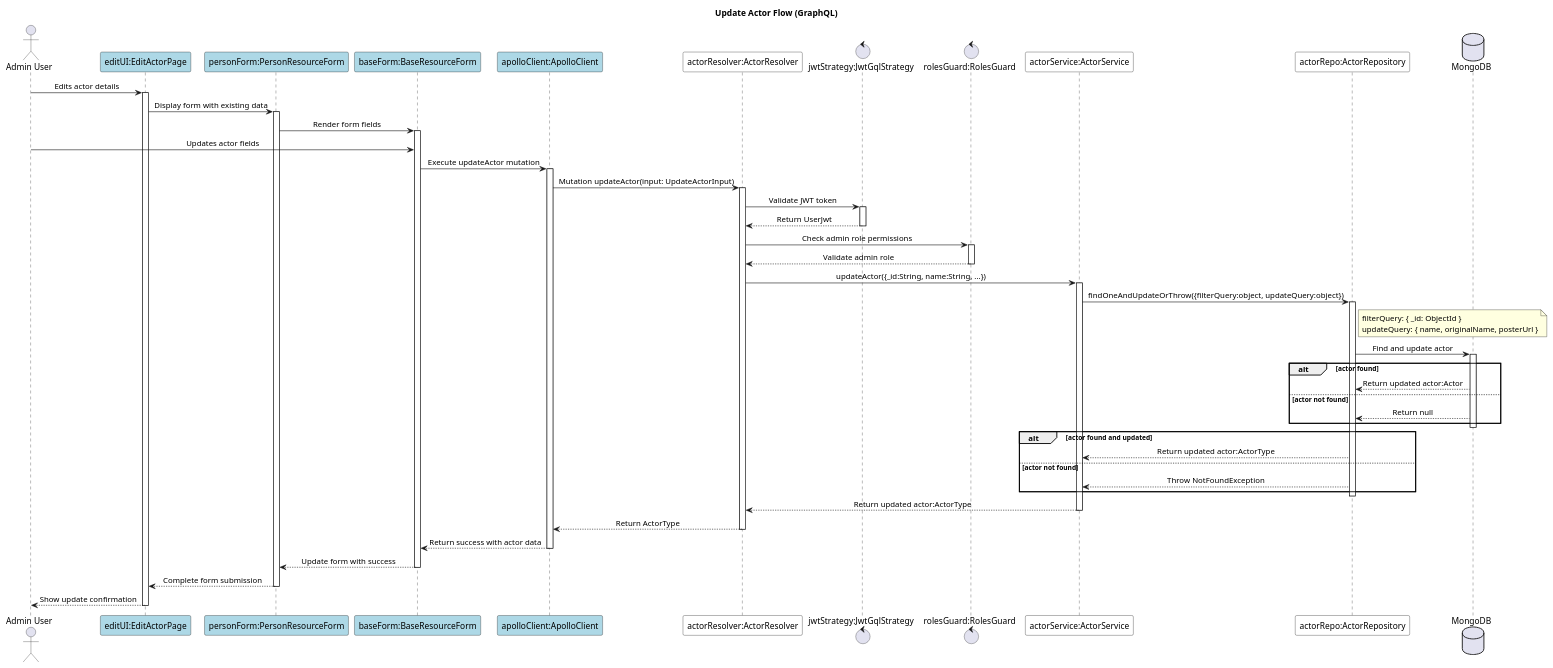
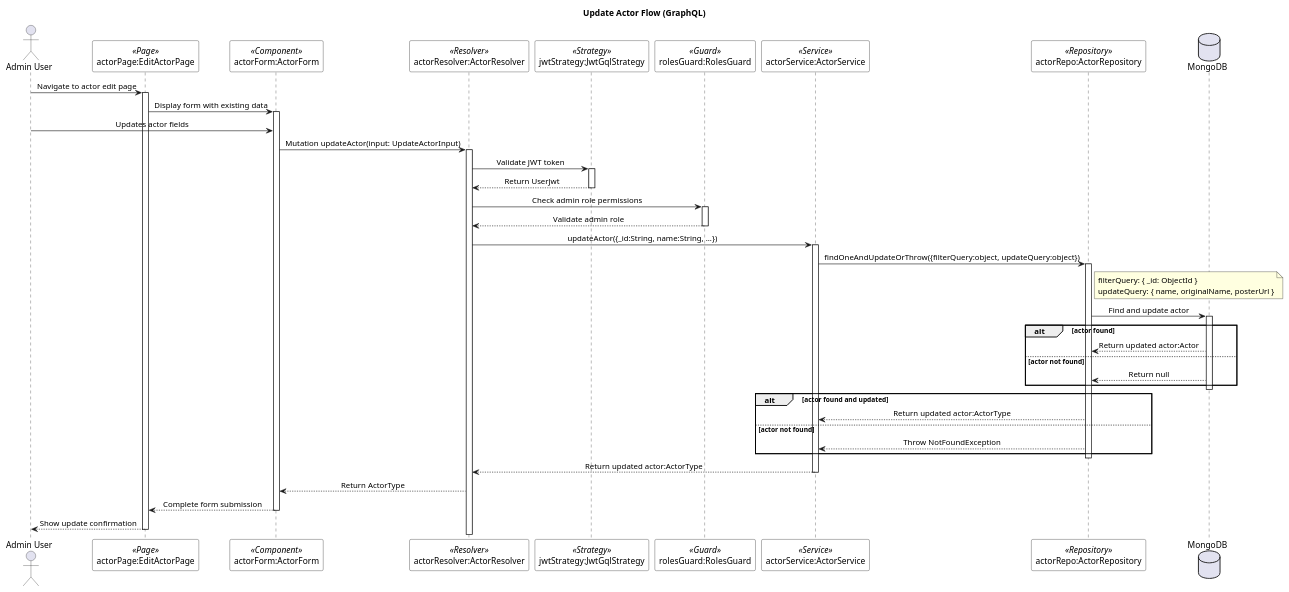
The diagram in documents/diagram/sequences/actors/update-actor.puml (lehuygiang28/vphim), drawn with PlantUML before and after one commit. The commit also changed 4 other files, not shown here.

First line of the commit message:
refactor(diagrams/sequences/actors): 🛠️ update sequence diagrams for actor flows

```diff
--- a/documents/diagram/sequences/actors/update-actor.puml
+++ b/documents/diagram/sequences/actors/update-actor.puml
@@ -1,88 +1,77 @@
 @startuml Update Actor Flow
 
 skinparam SequenceMessageAlignment center
 skinparam SequenceBoxBackgroundColor white
 skinparam SequenceBoxBorderColor black
 skinparam NoteBackgroundColor lightyellow
 skinparam NoteBorderColor black
 skinparam ParticipantBackgroundColor white
 skinparam ParticipantBorderColor black
 
 title Update Actor Flow (GraphQL)
 
 actor "Admin User" as adminUser
-participant "editUI:EditActorPage" as editUI #LightBlue
-participant "personForm:PersonResourceForm" as personForm #LightBlue
-participant "baseForm:BaseResourceForm" as baseForm #LightBlue
-participant "apolloClient:ApolloClient" as apolloClient #LightBlue
-participant "actorResolver:ActorResolver" as actorResolver
-control "jwtStrategy:JwtGqlStrategy" as jwtStrategy
-control "rolesGuard:RolesGuard" as rolesGuard
-participant "actorService:ActorService" as actorService
-participant "actorRepo:ActorRepository" as actorRepo
+participant "actorPage:EditActorPage" as actorPage <<Page>>
+participant "actorForm:ActorForm" as actorForm <<Component>>
+participant "actorResolver:ActorResolver" as actorResolver <<Resolver>>
+participant "jwtStrategy:JwtGqlStrategy" as jwtStrategy <<Strategy>>
+participant "rolesGuard:RolesGuard" as rolesGuard <<Guard>>
+participant "actorService:ActorService" as actorService <<Service>>
+participant "actorRepo:ActorRepository" as actorRepo <<Repository>>
 database "MongoDB" as mongoDB
 
-adminUser -> editUI : Edits actor details
-activate editUI
-editUI -> personForm : Display form with existing data
-activate personForm
-personForm -> baseForm : Render form fields
-activate baseForm
-adminUser -> baseForm : Updates actor fields
+adminUser -> actorPage : Navigate to actor edit page
+activate actorPage
+actorPage -> actorForm : Display form with existing data
+activate actorForm
+adminUser -> actorForm : Updates actor fields
 
-baseForm -> apolloClient : Execute updateActor mutation
-activate apolloClient
-apolloClient -> actorResolver : Mutation updateActor(input: UpdateActorInput)
+actorForm -> actorResolver : Mutation updateActor(input: UpdateActorInput)
 activate actorResolver
 
 actorResolver -> jwtStrategy : Validate JWT token
 activate jwtStrategy
 jwtStrategy --> actorResolver : Return UserJwt
 deactivate jwtStrategy
 
 actorResolver -> rolesGuard : Check admin role permissions
 activate rolesGuard
 rolesGuard --> actorResolver : Validate admin role
 deactivate rolesGuard
 
 actorResolver -> actorService : updateActor({_id:String, name:String, ...})
 activate actorService
 
 actorService -> actorRepo : findOneAndUpdateOrThrow({filterQuery:object, updateQuery:object})
 activate actorRepo
 note right of actorRepo
   filterQuery: { _id: ObjectId }
   updateQuery: { name, originalName, posterUrl }
 end note
 
 actorRepo -> mongoDB : Find and update actor
 activate mongoDB
 alt actor found
     mongoDB --> actorRepo : Return updated actor:Actor
 else actor not found
     mongoDB --> actorRepo : Return null
 end
 deactivate mongoDB
 
 alt actor found and updated
     actorRepo --> actorService : Return updated actor:ActorType
 else actor not found
     actorRepo --> actorService : Throw NotFoundException
 end
 deactivate actorRepo
 
 actorService --> actorResolver : Return updated actor:ActorType
 deactivate actorService
 
-actorResolver --> apolloClient : Return ActorType
-deactivate actorResolver
-apolloClient --> baseForm : Return success with actor data
-deactivate apolloClient
-baseForm --> personForm : Update form with success
-deactivate baseForm
-personForm --> editUI : Complete form submission
-deactivate personForm
-editUI --> adminUser : Show update confirmation
-deactivate editUI
+actorResolver --> actorForm : Return ActorType
+actorForm --> actorPage : Complete form submission
+deactivate actorForm
+actorPage --> adminUser : Show update confirmation
+deactivate actorPage
 
 @enduml
```
